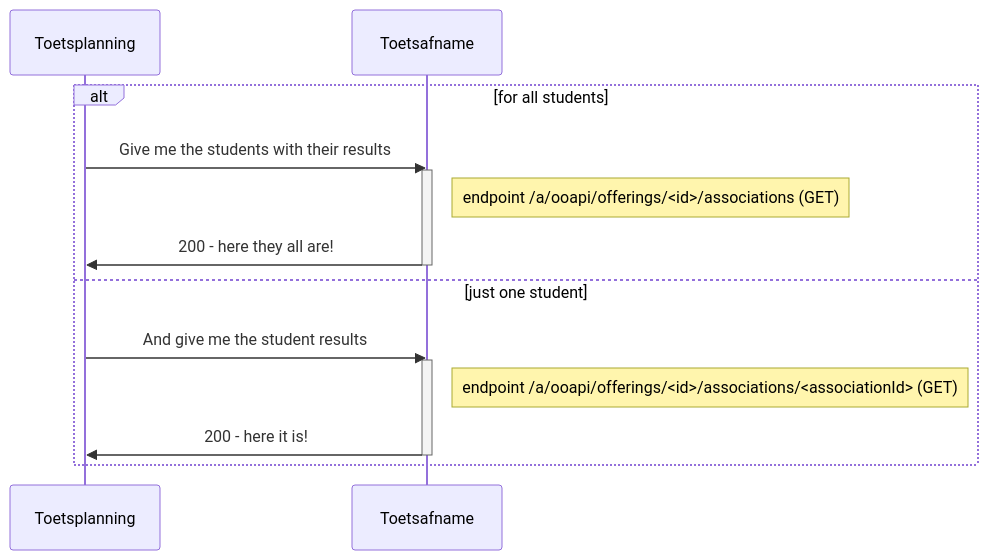
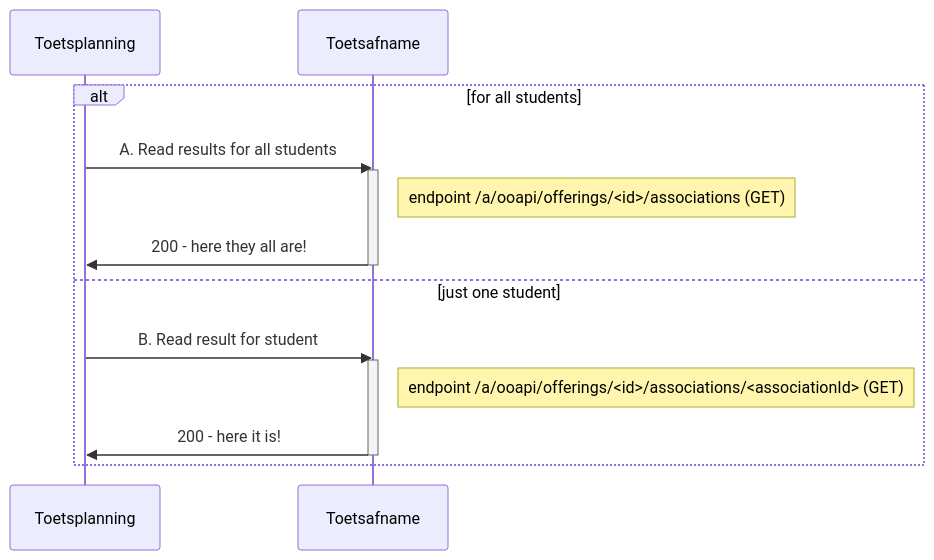
One commit to NetwerkExamineringDigitalisering/NED-OOAPI changed the fourth of 4 diagrams in doc/flow3.md. Above: the diagram before and after it, drawn with Mermaid. The commit also changed other lines of this file, not shown here.

First line of the commit message:
Update flow3.md

````diff
--- a/doc/flow3.md
+++ b/doc/flow3.md
@@ -158,16 +158,16 @@
 ```mermaid
 sequenceDiagram
     alt for all students
-        Toetsplanning->>Toetsafname: Give me the students with their results
+        Toetsplanning->>Toetsafname: A. Read results for all students
         activate Toetsafname
         Note right of Toetsafname: endpoint /a/ooapi/offerings/<id>/associations (GET)
         Toetsafname->>Toetsplanning: 200 - here they all are!
         deactivate Toetsafname
     else just one student
-        Toetsplanning->>Toetsafname: And give me the student results
+        Toetsplanning->>Toetsafname: B. Read result for student
         activate Toetsafname
         Note right of Toetsafname: endpoint /a/ooapi/offerings/<id>/associations/<associationId> (GET)
         Toetsafname->>Toetsplanning: 200 - here it is!
         deactivate Toetsafname
     end
 ```
````
